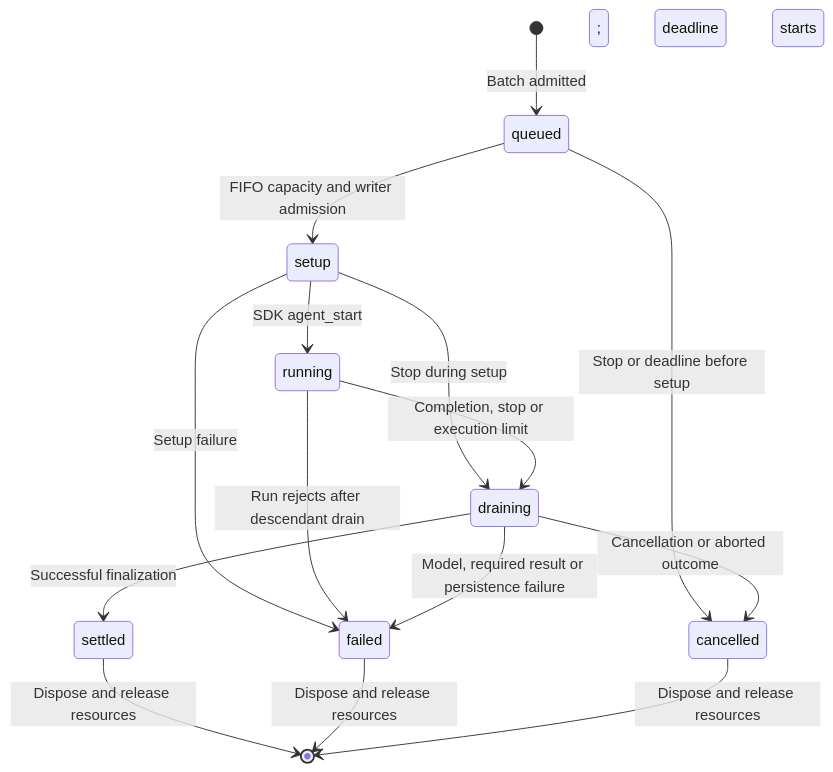
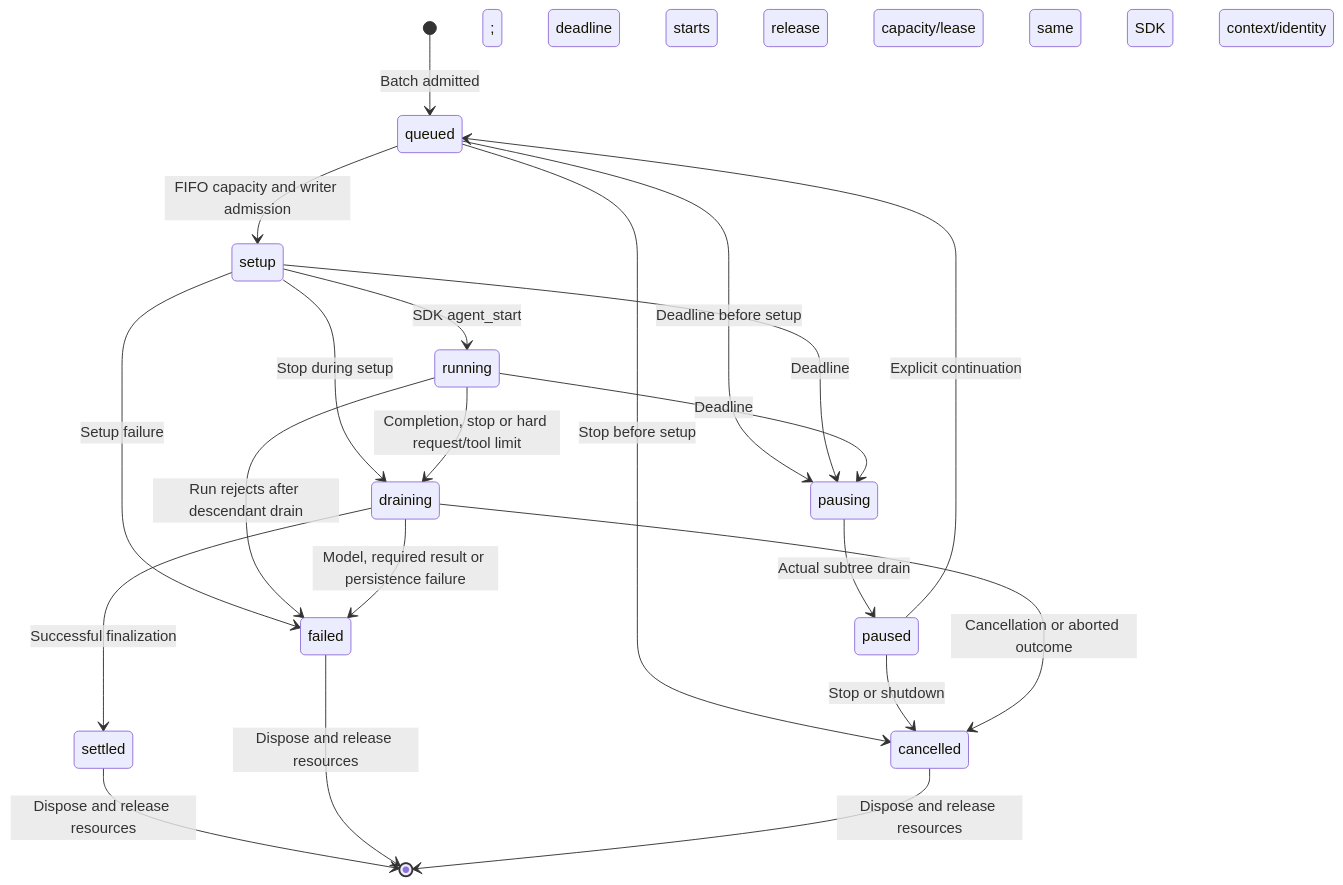
Before and after one commit to howarewoo/pi-extended-subagents: the second of 2 diagrams in ARCHITECTURE.md, drawn with Mermaid. The commit also changed other lines of this file and 13 other files, not shown here.

Commit message:
Pause timed-out subagents and preserve continuation context

````diff
--- a/ARCHITECTURE.md
+++ b/ARCHITECTURE.md
@@ -86,17 +86,23 @@
 ```mermaid
 stateDiagram-v2
     [*] --> queued: Batch admitted; deadline starts
     queued --> setup: FIFO capacity and writer admission
-    queued --> cancelled: Stop or deadline before setup
+    queued --> cancelled: Stop before setup
+    queued --> pausing: Deadline before setup
+    setup --> pausing: Deadline
+    running --> pausing: Deadline
+    pausing --> paused: Actual subtree drain; release capacity/lease
+    paused --> queued: Explicit continuation; same SDK context/identity
+    paused --> cancelled: Stop or shutdown
     setup --> running: SDK agent_start
     setup --> failed: Setup failure
     setup --> draining: Stop during setup
-    running --> draining: Completion, stop or execution limit
+    running --> draining: Completion, stop or hard request/tool limit
     running --> failed: Run rejects after descendant drain
     draining --> settled: Successful finalization
     draining --> failed: Model, required result or persistence failure
     draining --> cancelled: Cancellation or aborted outcome
     settled --> [*]: Dispose and release resources
     failed --> [*]: Dispose and release resources
     cancelled --> [*]: Dispose and release resources
 ```
````
